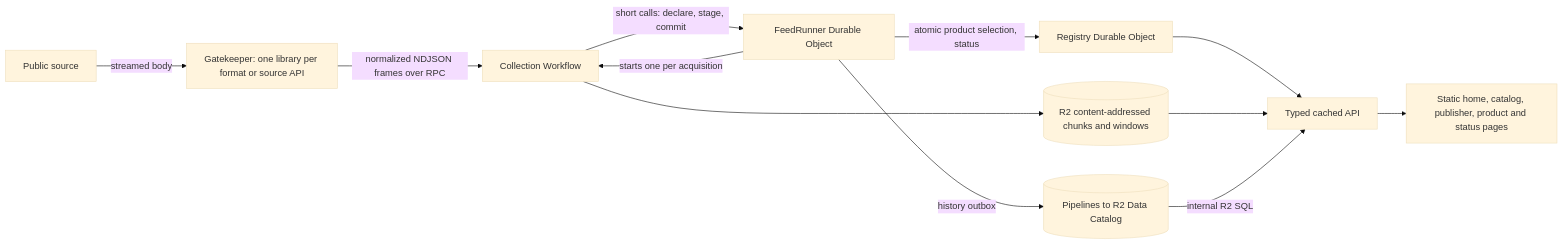
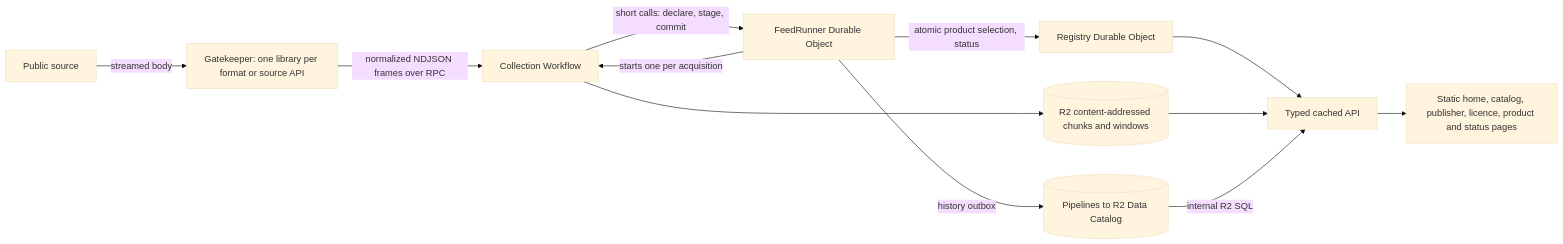
Before and after one commit to corrreia/open-data.pt: the diagram in README.md, drawn with Mermaid (base theme). The commit also changed other lines of this file and 72 other files, not shown here.

````diff
--- a/README.md
+++ b/README.md
@@ -20,14 +22,14 @@
 ```mermaid
 flowchart LR
     Source[Public source] -->|streamed body| Gatekeeper[Gatekeeper: one library per format or source API]
     Gatekeeper -->|normalized NDJSON frames over RPC| Workflow[Collection Workflow]
     Runner[FeedRunner Durable Object] -->|starts one per acquisition| Workflow
     Workflow -->|short calls: declare, stage, commit| Runner
     Workflow --> Chunks[(R2 content-addressed chunks and windows)]
     Runner -->|history outbox| Lake[(Pipelines to R2 Data Catalog)]
     Runner -->|atomic product selection, status| Registry[Registry Durable Object]
     Registry --> API[Typed cached API]
     Chunks --> API
     Lake -->|internal R2 SQL| API
-    API --> Pages[Static home, catalog, publisher, product and status pages]
+    API --> Pages[Static home, catalog, publisher, licence, product and status pages]
 ```
````
